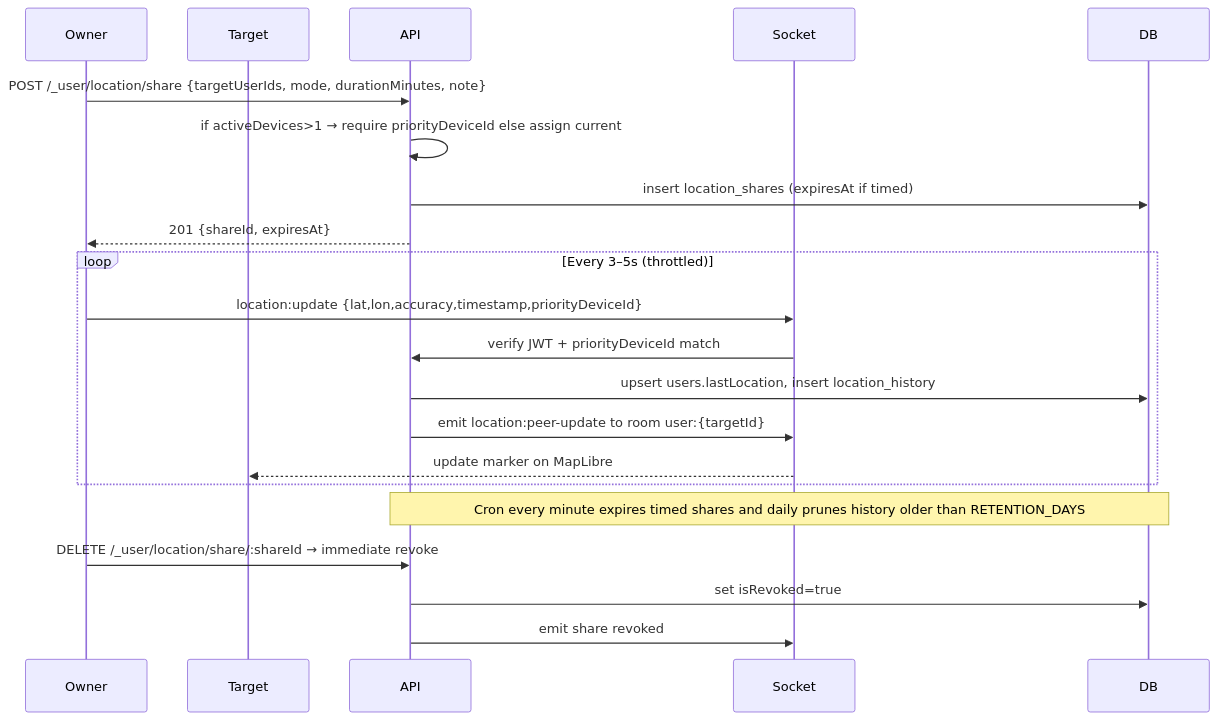
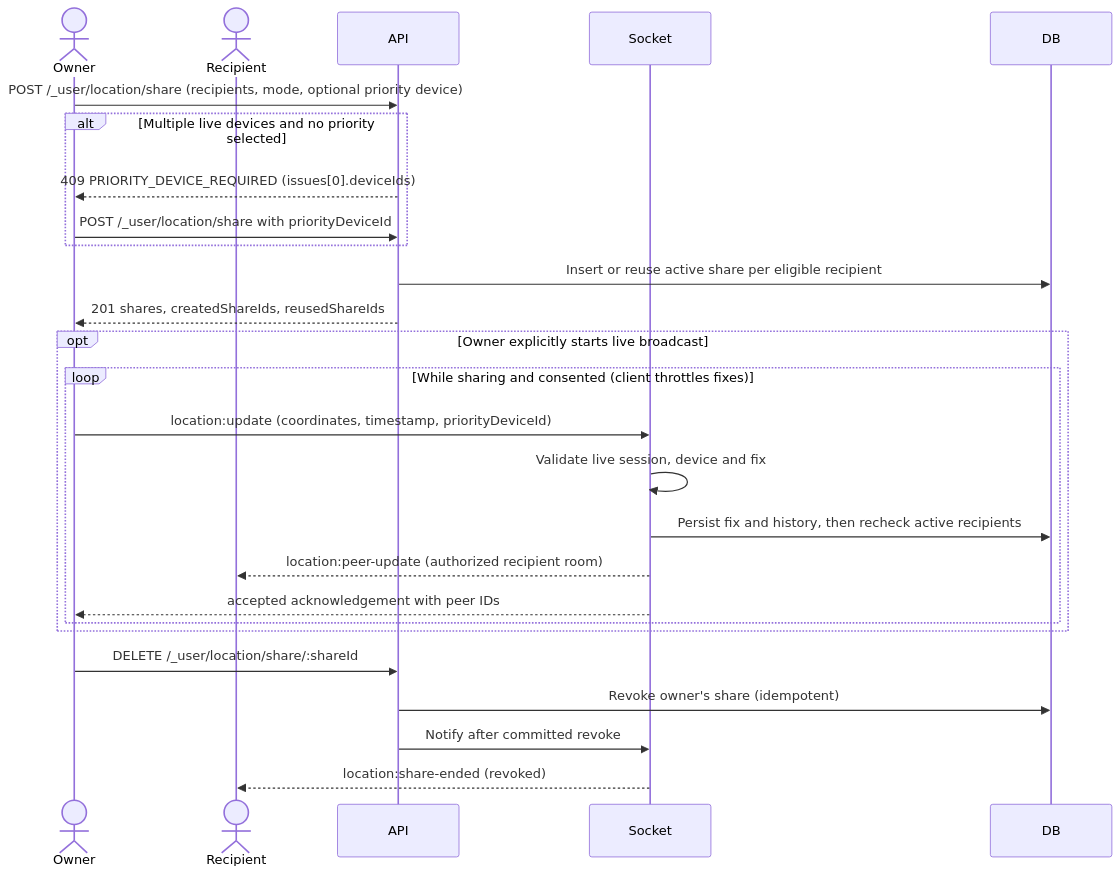
One commit to komeilm76/borobiya changed the first of 5 diagrams in docs/DIAGRAMS/LOCATION_SEQUENCE.md. Above: the diagram before and after it, drawn with Mermaid. The commit also changed other lines of this file and 2 other files, not shown here.

Commit message:
Review rendered location sharing diagrams against live contracts

````diff
--- a/docs/DIAGRAMS/LOCATION_SEQUENCE.md
+++ b/docs/DIAGRAMS/LOCATION_SEQUENCE.md
@@ -9,24 +7,28 @@
 ```mermaid
 sequenceDiagram
-  participant Owner
-  participant Target
+  actor Owner
+  actor Recipient
   participant API
   participant Socket
   participant DB
-
-  Owner->>API: POST /_user/location/share {targetUserIds, mode, durationMinutes, note}
-  API->>API: if activeDevices>1 → require priorityDeviceId else assign current
-  API->>DB: insert location_shares (expiresAt if timed)
-  API-->>Owner: 201 {shareId, expiresAt}
-  loop Every 3–5s (throttled)
-    Owner->>Socket: location:update {lat,lon,accuracy,timestamp,priorityDeviceId}
-    Socket->>API: verify JWT + priorityDeviceId match
-    API->>DB: upsert users.lastLocation, insert location_history
-    API->>Socket: emit location:peer-update to room user:{targetId}
-    Socket-->>Target: update marker on MapLibre
+  Owner->>API: POST /_user/location/share (recipients, mode, optional priority device)
+  alt Multiple live devices and no priority selected
+    API-->>Owner: 409 PRIORITY_DEVICE_REQUIRED (issues[0].deviceIds)
+    Owner->>API: POST /_user/location/share with priorityDeviceId
   end
-  Note over API,DB: Cron every minute expires timed shares and daily prunes history older than RETENTION_DAYS
-  Owner->>API: DELETE /_user/location/share/:shareId → immediate revoke
-  API->>DB: set isRevoked=true
-  API->>Socket: emit share revoked
+  API->>DB: Insert or reuse active share per eligible recipient
+  API-->>Owner: 201 shares, createdShareIds, reusedShareIds
+  opt Owner explicitly starts live broadcast
+    loop While sharing and consented (client throttles fixes)
+      Owner->>Socket: location:update (coordinates, timestamp, priorityDeviceId)
+      Socket->>Socket: Validate live session, device and fix
+      Socket->>DB: Persist fix and history, then recheck active recipients
+      Socket-->>Recipient: location:peer-update (authorized recipient room)
+      Socket-->>Owner: accepted acknowledgement with peer IDs
+    end
+  end
+  Owner->>API: DELETE /_user/location/share/:shareId
+  API->>DB: Revoke owner's share (idempotent)
+  API->>Socket: Notify after committed revoke
+  Socket-->>Recipient: location:share-ended (revoked)
 ```
````
